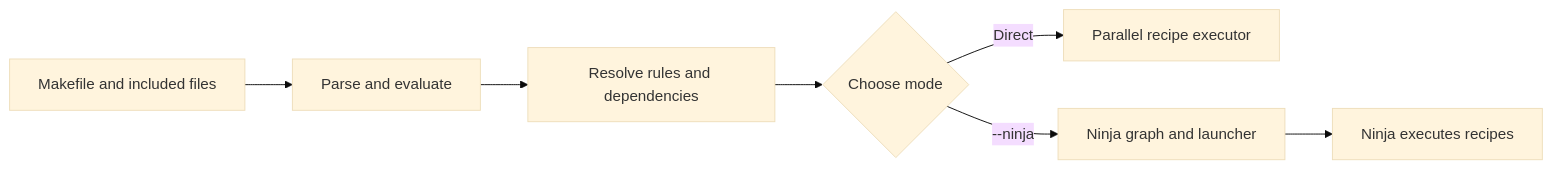
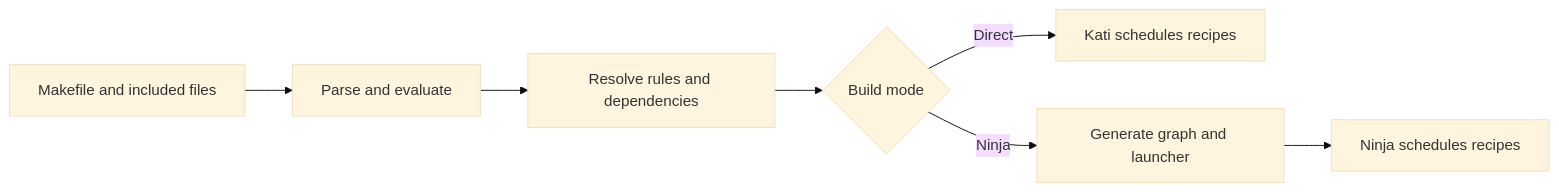
Before and after one commit to RihardsPaps/Openmktr: the diagram in README.md, drawn with Mermaid (base theme). The commit also changed other lines of this file, not shown here.

Commit message:
Rewrite README with comprehensive build and usage guidance

````diff
--- a/README.md
+++ b/README.md
@@ -63,9 +237,9 @@
 ```mermaid
 flowchart LR
     A[Makefile and included files] --> B[Parse and evaluate]
     B --> C[Resolve rules and dependencies]
-    C --> D{Choose mode}
-    D -->|Direct| E[Parallel recipe executor]
-    D -->|--ninja| F[Ninja graph and launcher]
-    F --> G[Ninja executes recipes]
+    C --> D{Build mode}
+    D -->|Direct| E[Kati schedules recipes]
+    D -->|Ninja| F[Generate graph and launcher]
+    F --> G[Ninja schedules recipes]
 ```
````
